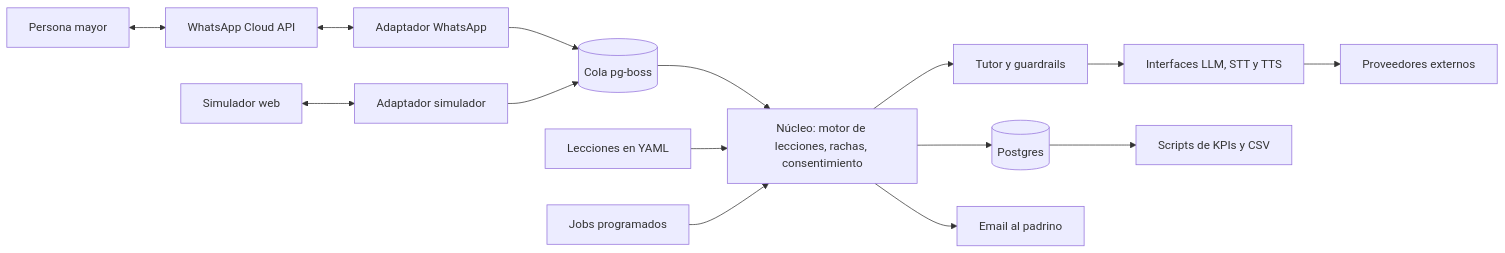
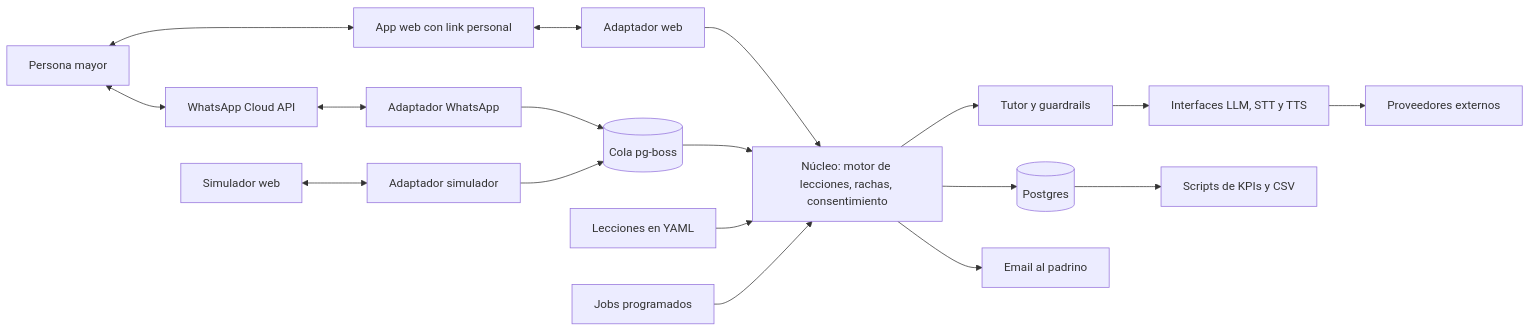
The diagram in docs/arquitectura.md (ramagitto/APP-de-IA-para-Mayores), drawn with Mermaid before and after one commit. The commit also changed other lines of this file and 58 other files, not shown here.

First line of the commit message:
feat: piloto web con link personal, comandos del piloto y despliegue gratis (incluye la Fase 4) (#6)

````diff
--- a/docs/arquitectura.md
+++ b/docs/arquitectura.md
@@ -9,17 +9,20 @@
 ```mermaid
 flowchart LR
-  U[Persona mayor] <--> WA[WhatsApp Cloud API]
+  U[Persona mayor] <--> WEB[App web con link personal]
+  WEB <--> AWEB[Adaptador web]
+  AWEB --> CORE
+  U <--> WA[WhatsApp Cloud API]
   WA <--> AW[Adaptador WhatsApp]
   DEV[Simulador web] <--> AS[Adaptador simulador]
   AW --> Q[(Cola pg-boss)]
   AS --> Q
   Q --> CORE[Núcleo: motor de lecciones, rachas, consentimiento]
   CORE --> TUTOR[Tutor y guardrails]
   TUTOR --> AI[Interfaces LLM, STT y TTS]
   AI --> PROV[Proveedores externos]
   CORE --> DB[(Postgres)]
   YAML[Lecciones en YAML] --> CORE
   SCHED[Jobs programados] --> CORE
   CORE --> MAIL[Email al padrino]
   DB --> KPI[Scripts de KPIs y CSV]
 ```
````
